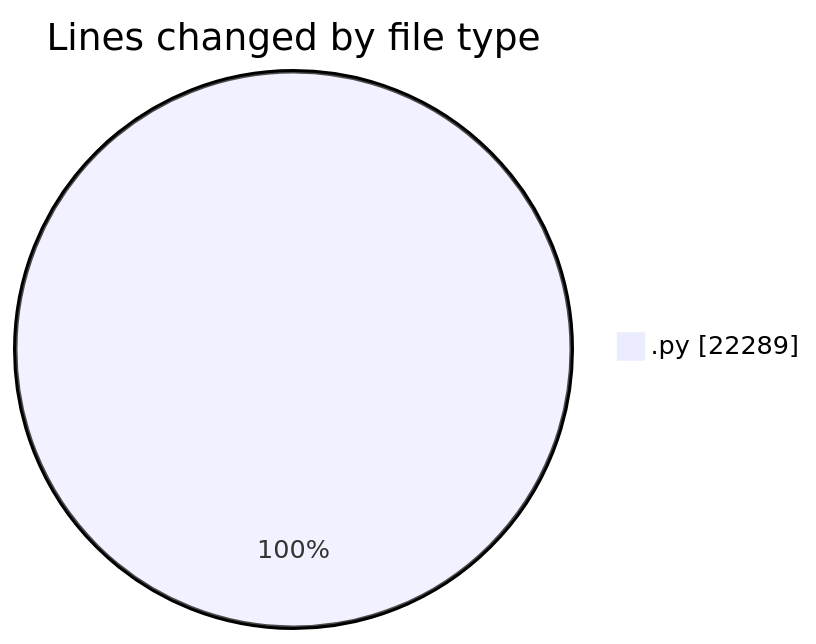
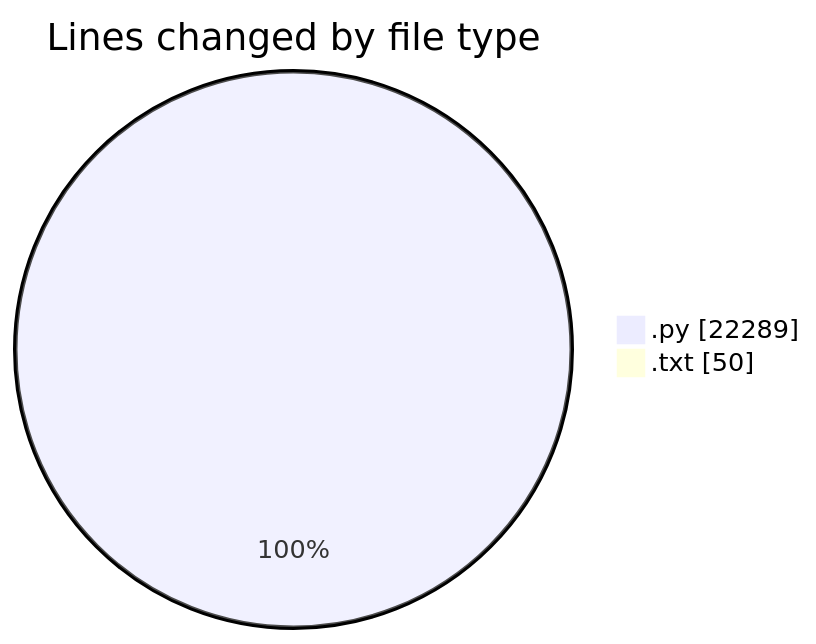
The first of 2 diagrams in 2026-07-21/budjet_back/README.md (igalym/code-tracking), drawn with Mermaid before and after one commit. The commit also changed other lines of this file and 1 other file, not shown here.

````diff
--- a/2026-07-21/budjet_back/README.md
+++ b/2026-07-21/budjet_back/README.md
@@ -21,5 +22,6 @@
 ```mermaid
 pie showData
 title Lines changed by file type
 ".py" : 22289
+".txt" : 50
 ```
````
